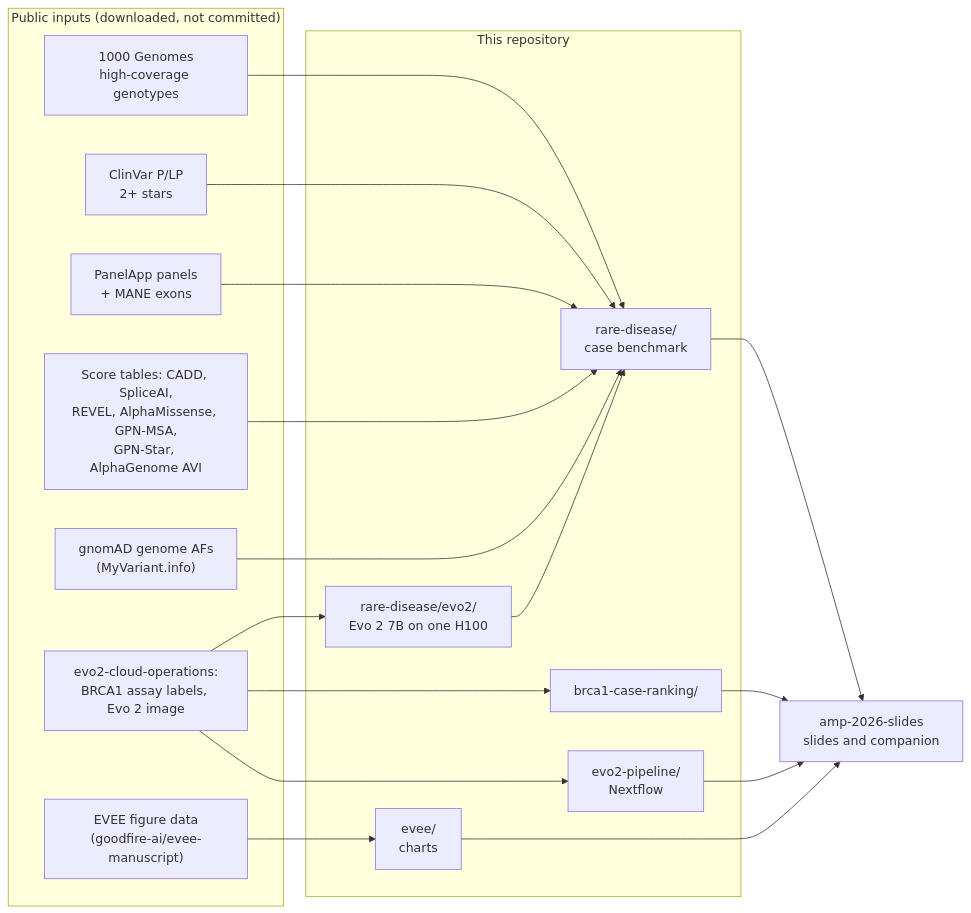
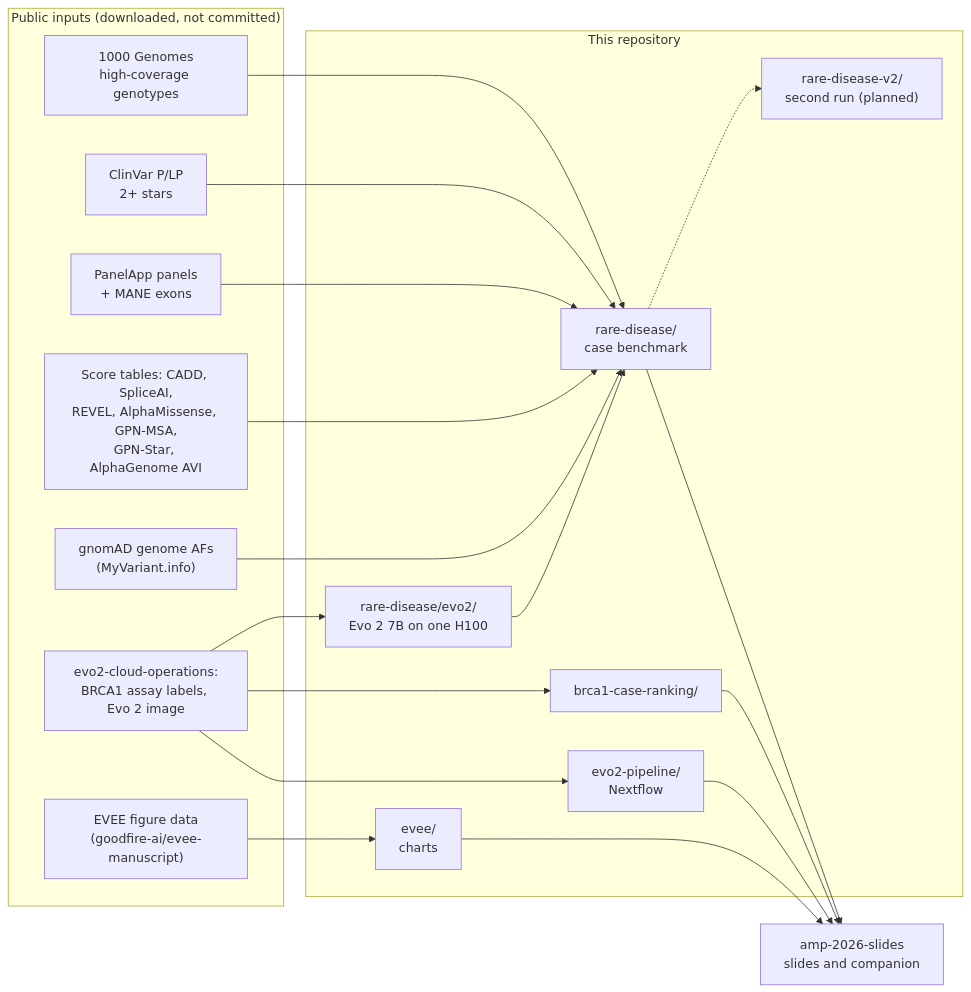
The diagram in README.md (rewire-bio/amp-2026-studies), drawn with Mermaid before and after one commit. The commit also changed other lines of this file and 10 other files, not shown here.

First line of the commit message:
Start rare-disease-v2: proposal, protocol and work plan for the second run

````diff
--- a/README.md
+++ b/README.md
@@ -14,29 +14,31 @@
 ```mermaid
 flowchart LR
     subgraph inputs["Public inputs (downloaded, not committed)"]
         kgp["1000 Genomes<br/>high-coverage genotypes"]
         clinvar["ClinVar P/LP<br/>2+ stars"]
         panel["PanelApp panels<br/>+ MANE exons"]
         tables["Score tables: CADD, SpliceAI,<br/>REVEL, AlphaMissense, GPN-MSA,<br/>GPN-Star, AlphaGenome AVI"]
         gnomad["gnomAD genome AFs<br/>(MyVariant.info)"]
         evee_data["EVEE figure data<br/>(goodfire-ai/evee-manuscript)"]
         ops["evo2-cloud-operations:<br/>BRCA1 assay labels, Evo 2 image"]
     end
 
     subgraph studies["This repository"]
         rd["rare-disease/<br/>case benchmark"]
+        rd2["rare-disease-v2/<br/>second run (planned)"]
         evo2["rare-disease/evo2/<br/>Evo 2 7B on one H100"]
         brca1["brca1-case-ranking/"]
         pipe["evo2-pipeline/<br/>Nextflow"]
         evee["evee/<br/>charts"]
     end
 
     slides["amp-2026-slides<br/>slides and companion"]
 
     kgp & clinvar & panel & tables & gnomad --> rd
     ops --> evo2 --> rd
     ops --> brca1
     ops --> pipe
     evee_data --> evee
+    rd -.-> rd2
     rd & brca1 & pipe & evee --> slides
 ```
````
